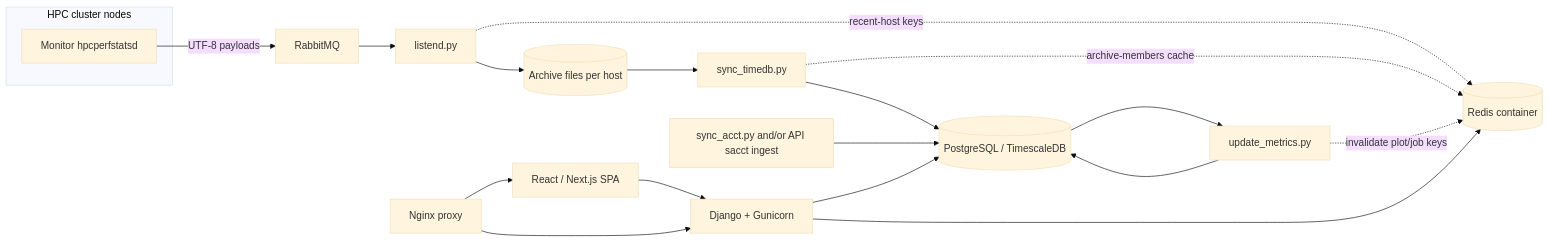
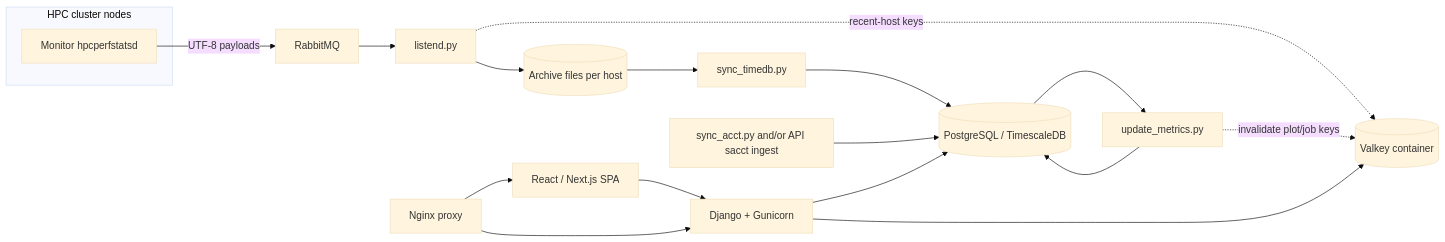
The first of 2 diagrams in docs/design-document.md (TACC/HPCPerfStats), drawn with Mermaid (base theme) before and after one commit. The commit also changed other lines of this file and 126 other files, not shown here.

First line of the commit message:
Valkey 9.1 replaces Redis; django-valkey + valkey-py replace redis-py

````diff
--- a/docs/design-document.md
+++ b/docs/design-document.md
@@ -54,34 +54,33 @@
 ```mermaid
 flowchart LR
   subgraph cluster["HPC cluster nodes"]
     M[Monitor hpcperfstatsd]
   end
   RMQ[RabbitMQ]
   L[listend.py]
   ARC[(Archive files per host)]
   ST[sync_timedb.py]
   DB[(PostgreSQL / TimescaleDB)]
   SA[sync_acct.py and/or API sacct ingest]
   UM[update_metrics.py]
   WEB[Django + Gunicorn]
   FE[React / Next.js SPA]
-  REDIS[(Redis container)]
+  VALKEY[(Valkey container)]
   PXY[Nginx proxy]
 
   M -->|UTF-8 payloads| RMQ
   RMQ --> L
   L --> ARC
-  L -.->|recent-host keys| REDIS
+  L -.->|recent-host keys| VALKEY
   ARC --> ST
   ST --> DB
-  ST -.->|archive-members cache| REDIS
   SA --> DB
   DB --> UM
   UM --> DB
-  UM -.->|invalidate plot/job keys| REDIS
+  UM -.->|invalidate plot/job keys| VALKEY
   WEB --> DB
-  WEB --> REDIS
+  WEB --> VALKEY
   FE --> WEB
   PXY --> WEB
   PXY --> FE
 ```
````
